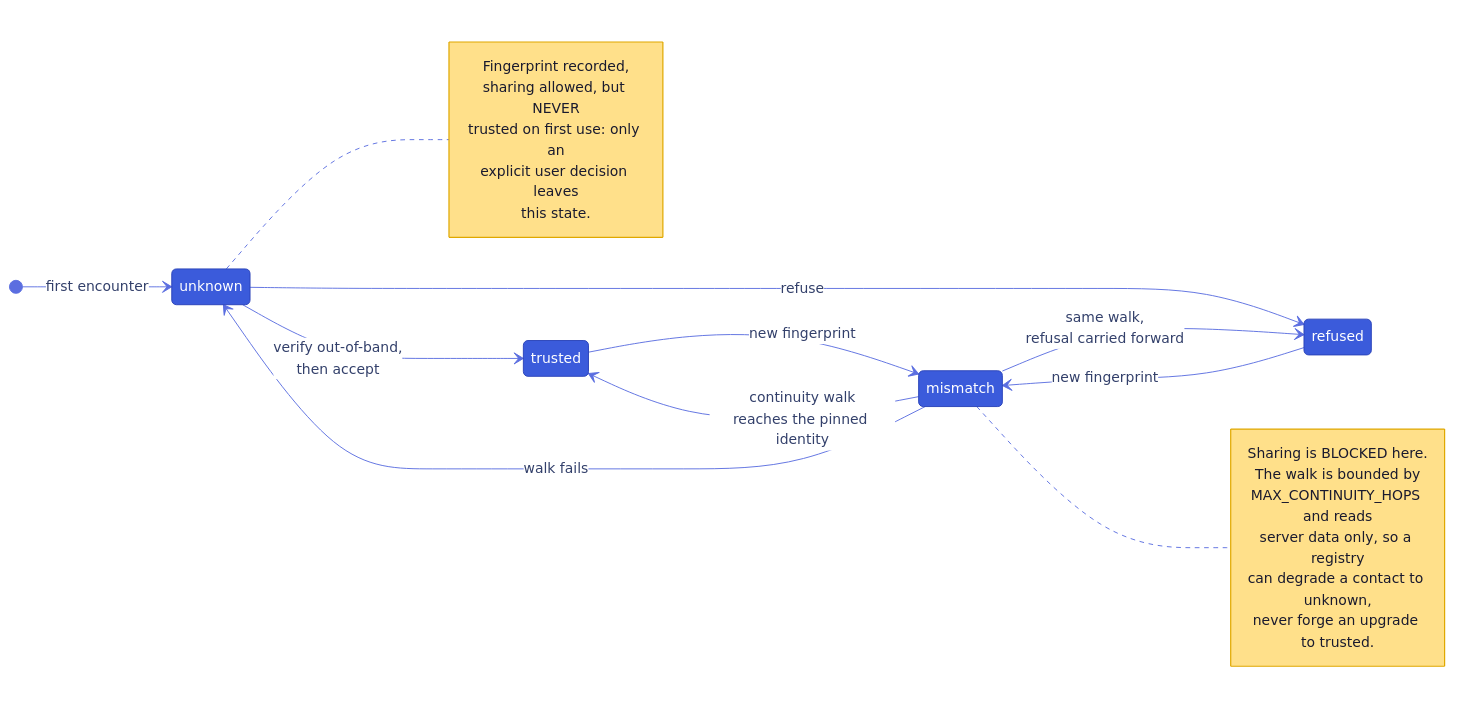
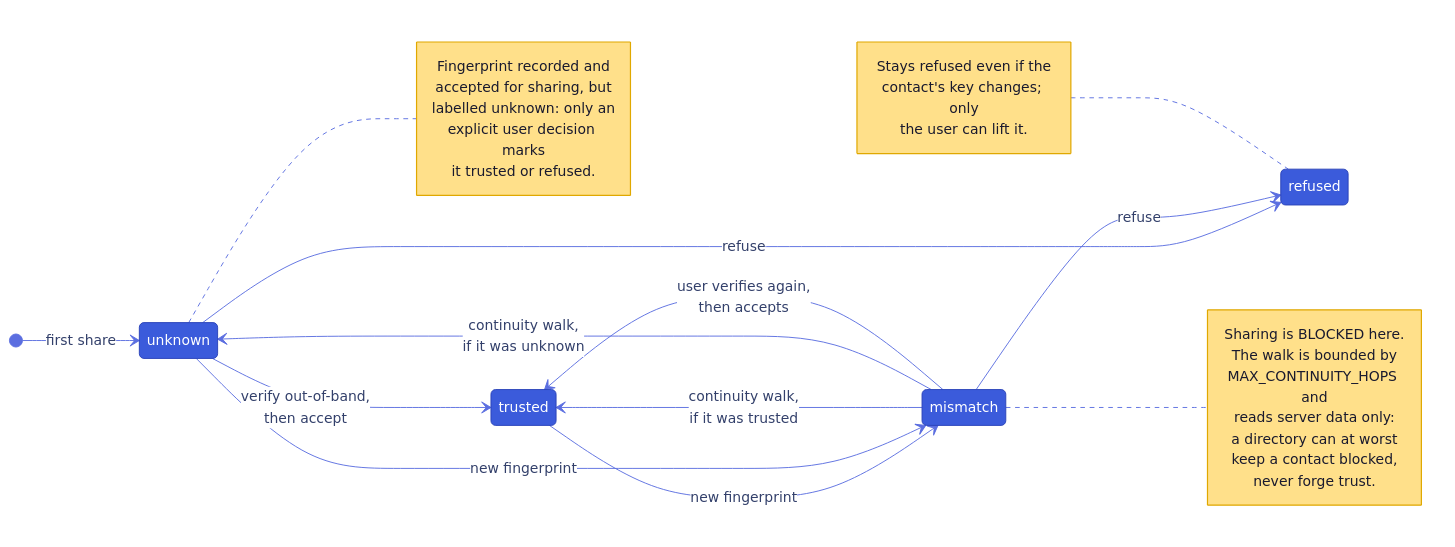
One commit to suitenumerique/encryption changed the eighth of 24 diagrams in architecture.md. Above: the diagram before and after it, drawn with Mermaid. The commit also changed other lines of this file and 24 other files, not shown here.

Commit message:
fix(crypto): encrypt with xchacha20-poly1305 aead instead of xsalsa20 secretbox as documented + harden vault integrity checks & chore(docs): rework the architecture document

````diff
--- a/architecture.md
+++ b/architecture.md
@@ -185,28 +790,35 @@
 ```mermaid
-%%{init: {'theme':'base','themeVariables':{'fontSize':'15px','primaryColor':'#3b5bdb','primaryTextColor':'#fff','primaryBorderColor':'#2942b8','lineColor':'#5b6ee0','tertiaryColor':'#fff','labelBackgroundColor':'#ffffff','edgeLabelBackground':'#ffffff','transitionColor':'#5b6ee0','transitionLabelColor':'#33406b','noteBkgColor':'#ffe08a','noteTextColor':'#1a1a2e','noteBorderColor':'#e0a800'},'themeCSS':'.edgeLabel p{background-color:#fff;padding:4px 10px;border-radius:5px;margin:0;} .edgeLabel .labelBkg{background:transparent;} .statediagram-state .nodeLabel p{font-size:15px;padding:5px 12px;margin:0;}','stateDiagram':{'nodeSpacing':70,'rankSpacing':110,'useMaxWidth':true}}}%%
+%%{init: {'theme':'base','look':'classic','themeVariables':{'fontSize':'15px','primaryColor':'#3b5bdb','primaryTextColor':'#fff','primaryBorderColor':'#2942b8','lineColor':'#5b6ee0','tertiaryColor':'#fff','labelBackgroundColor':'#ffffff','edgeLabelBackground':'#ffffff','transitionColor':'#5b6ee0','transitionLabelColor':'#33406b','noteBkgColor':'#ffe08a','noteTextColor':'#1a1a2e','noteBorderColor':'#e0a800'},'themeCSS':'.edgeLabel p{background-color:#fff;padding:4px 10px;border-radius:5px;margin:0;} .edgeLabel .labelBkg{background:transparent;} .statediagram-state .nodeLabel p{font-size:15px;padding:5px 12px;margin:0;}','stateDiagram':{'nodeSpacing':70,'rankSpacing':110,'useMaxWidth':true}}}%%
 stateDiagram-v2
   direction LR
-  [*] --> unknown: first encounter
+  [*] --> unknown: first share
   unknown --> trusted: verify out-of-band,<br/>then accept
   unknown --> refused: refuse
   trusted --> mismatch: new fingerprint
-  refused --> mismatch: new fingerprint
-  mismatch --> trusted: continuity walk<br/>reaches the pinned identity
-  mismatch --> refused: same walk,<br/>refusal carried forward
-  mismatch --> unknown: walk fails
+  unknown --> mismatch: new fingerprint
+  mismatch --> trusted: continuity walk,<br/>if it was trusted
+  mismatch --> unknown: continuity walk,<br/>if it was unknown
+  mismatch --> trusted: user verifies again,<br/>then accepts
+  mismatch --> refused: refuse
   note right of unknown
-    Fingerprint recorded,
-    sharing allowed, but NEVER
-    trusted on first use: only an
-    explicit user decision leaves
-    this state.
+    Fingerprint recorded and
+    accepted for sharing, but
+    labelled unknown: only an
+    explicit user decision marks
+    it trusted or refused.
+  end note
+  note left of refused
+    Stays refused even if the
+    contact's key changes; only
+    the user can lift it.
   end note
   note right of mismatch
     Sharing is BLOCKED here.
     The walk is bounded by
-    MAX_CONTINUITY_HOPS and reads
-    server data only, so a registry
-    can degrade a contact to unknown,
-    never forge an upgrade to trusted.
+    MAX_CONTINUITY_HOPS and
+    reads server data only:
+    a directory can at worst
+    keep a contact blocked,
+    never forge trust.
   end note
 ```
````
